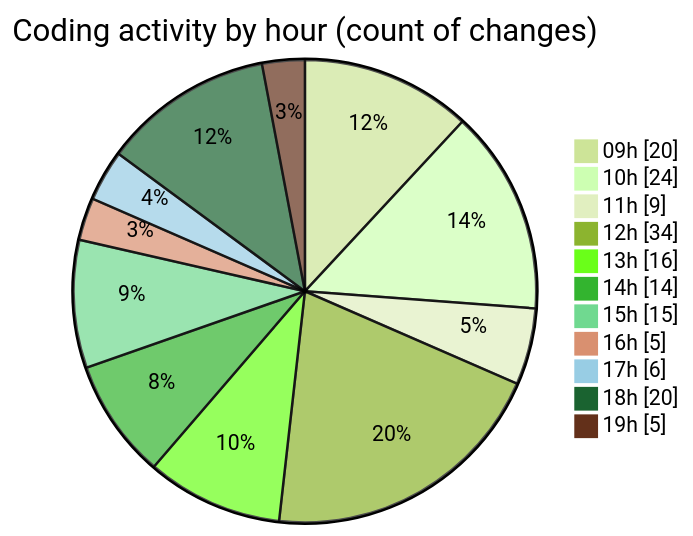
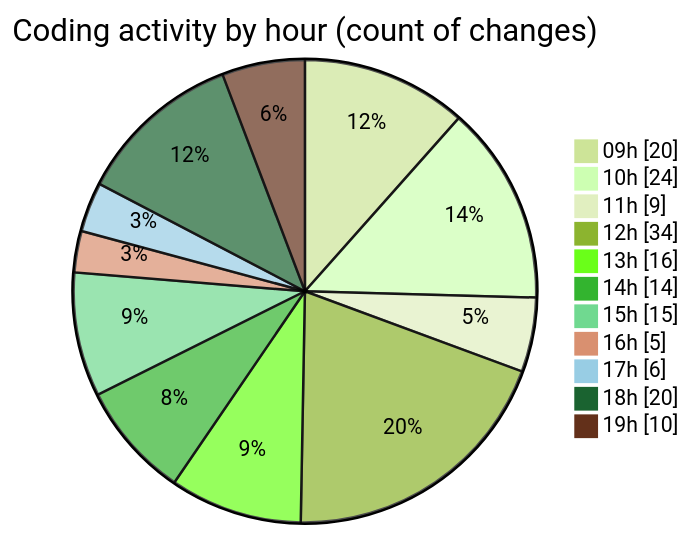
One commit to momahboobian/code-tracking changed the second of 2 diagrams in 2025-05-19/cda/README.md. Above: the diagram before and after it, drawn with Mermaid (forest theme). The commit also changed other lines of this file and 1 other file, not shown here.

````diff
--- a/2025-05-19/cda/README.md
+++ b/2025-05-19/cda/README.md
@@ -61,15 +61,15 @@
 ```mermaid
 pie showData
 title Coding activity by hour (count of changes)
 "09h" : 20
 "10h" : 24
 "11h" : 9
 "12h" : 34
 "13h" : 16
 "14h" : 14
 "15h" : 15
 "16h" : 5
 "17h" : 6
 "18h" : 20
-"19h" : 5
+"19h" : 10
 ```
````
